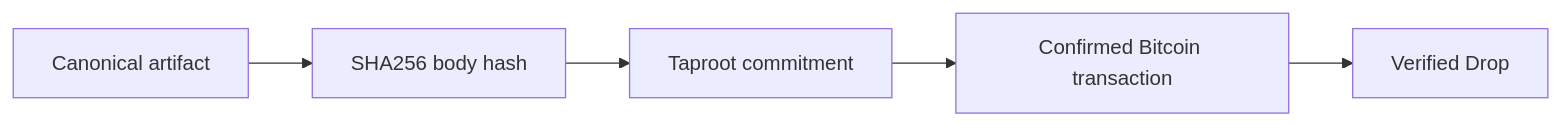
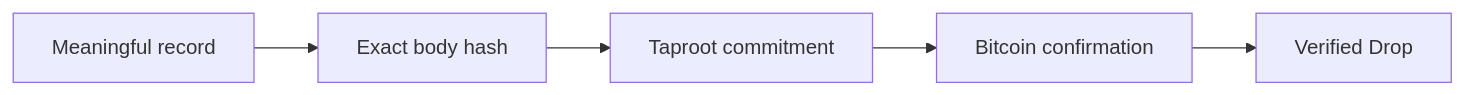
The diagram in README.md (bitcoinuniverseio/drops-protocol-docs), drawn with Mermaid before and after one commit. The commit also changed other lines of this file and 18 other files, not shown here.

````diff
--- a/README.md
+++ b/README.md
@@ -11,7 +11,7 @@
 ```mermaid
 flowchart LR
-  A[Canonical artifact] --> B[SHA256 body hash]
+  A[Meaningful record] --> B[Exact body hash]
   B --> C[Taproot commitment]
-  C --> D[Confirmed Bitcoin transaction]
+  C --> D[Bitcoin confirmation]
   D --> E[Verified Drop]
 ```
````
